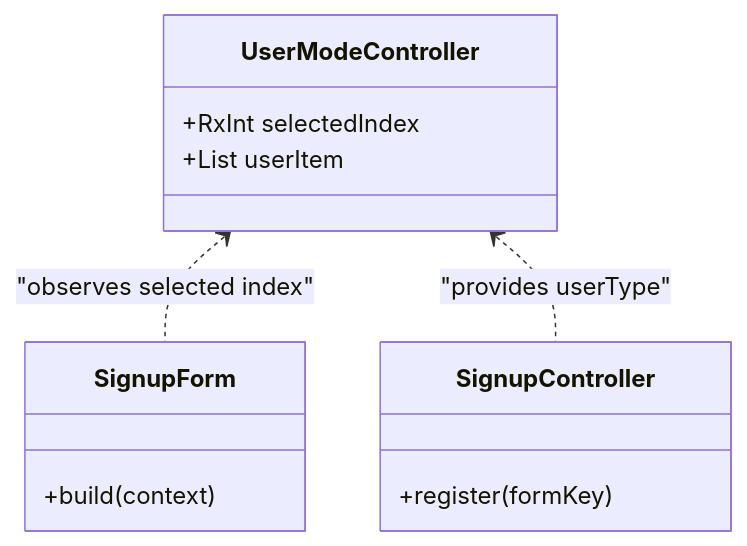
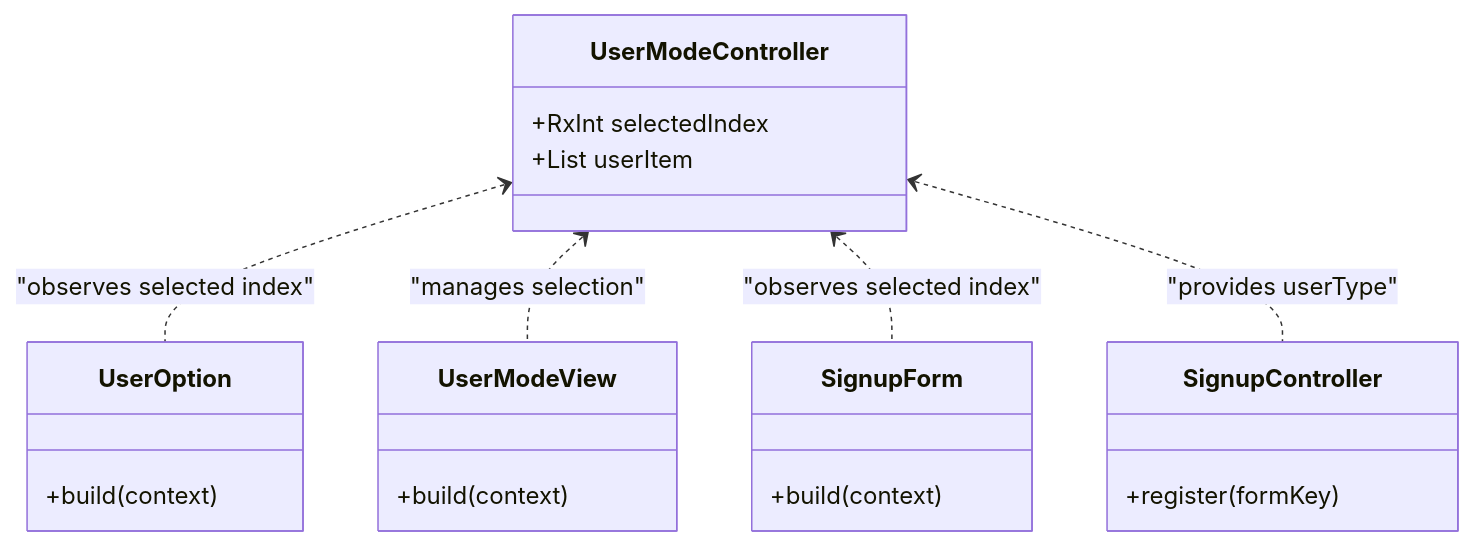
One commit to Ariful3111/FurniGo changed the seventh of 10 diagrams in .qoder/repowiki/en/content/Core Features/Authentication System/Registration System.md. Above: the diagram before and after it, drawn with Mermaid. The commit also changed other lines of this file and 11 other files, not shown here.

````diff
--- a/.qoder/repowiki/en/content/Core Features/Authentication System/Registration System.md
+++ b/.qoder/repowiki/en/content/Core Features/Authentication System/Registration System.md
@@ -249,15 +459,23 @@
 ```mermaid
 classDiagram
 class UserModeController {
 +RxInt selectedIndex
 +List userItem
+}
+class UserOption {
++build(context)
+}
+class UserModeView {
++build(context)
 }
 class SignupForm {
 +build(context)
 }
 class SignupController {
 +register(formKey)
 }
+UserModeController <.. UserOption : "observes selected index"
+UserModeController <.. UserModeView : "manages selection"
 UserModeController <.. SignupForm : "observes selected index"
 UserModeController <.. SignupController : "provides userType"
 ```
````
